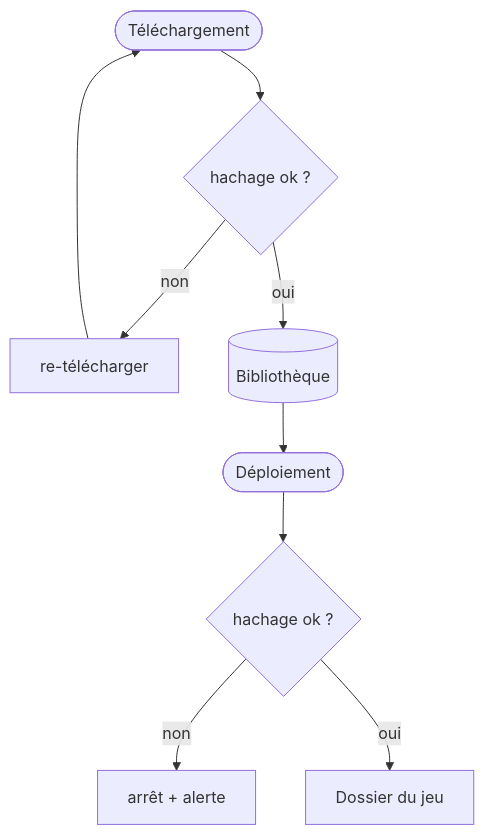
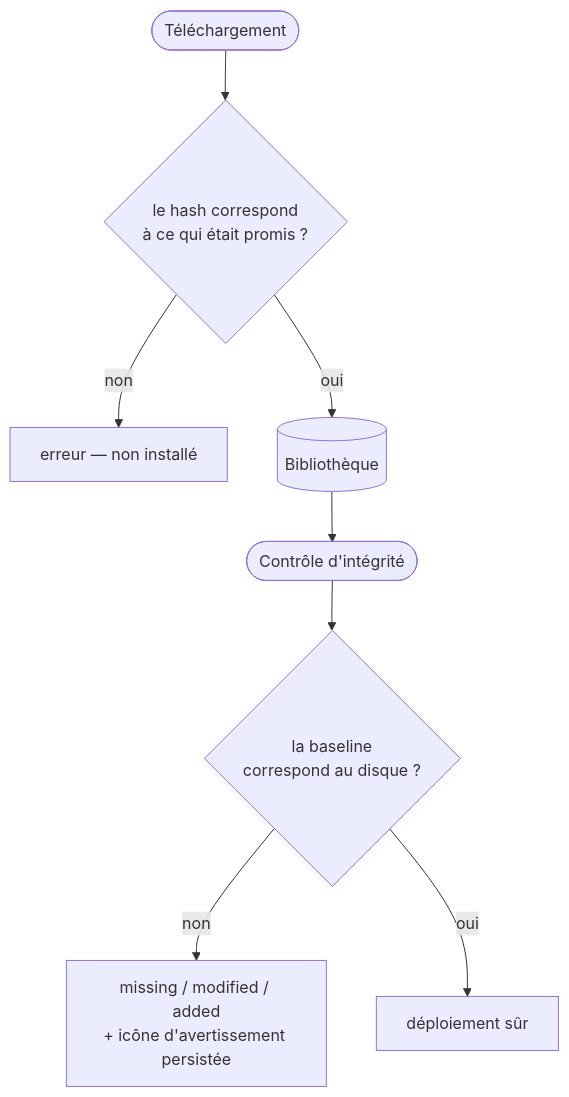
The second of 2 diagrams in docs/how-it-works/integrity-hashing.fr.md (FreeProject089/BMM-Docs), drawn with Mermaid before and after one commit. The commit also changed other lines of this file and 7 other files, not shown here.

````diff
--- a/docs/how-it-works/integrity-hashing.fr.md
+++ b/docs/how-it-works/integrity-hashing.fr.md
@@ -33,9 +127,9 @@
 ```mermaid
 flowchart TB
-    DL([Téléchargement]) --> V1{"hachage ok ?"}
-    V1 -- non --> RETRY["re-télécharger"] --> DL
+    DL([Téléchargement]) --> V1{"le hash correspond<br/>à ce qui était promis ?"}
+    V1 -- non --> HALT["erreur — non installé"]
     V1 -- oui --> LIB[(Bibliothèque)]
-    LIB --> DEP([Déploiement]) --> V2{"hachage ok ?"}
-    V2 -- non --> HALT["arrêt + alerte"]
-    V2 -- oui --> GAME["Dossier du jeu"]
+    LIB --> CHK([Contrôle d'intégrité]) --> V2{"la baseline<br/>correspond au disque ?"}
+    V2 -- non --> FLAG["missing / modified / added<br/>+ icône d'avertissement persistée"]
+    V2 -- oui --> GAME["déploiement sûr"]
 ```
````
